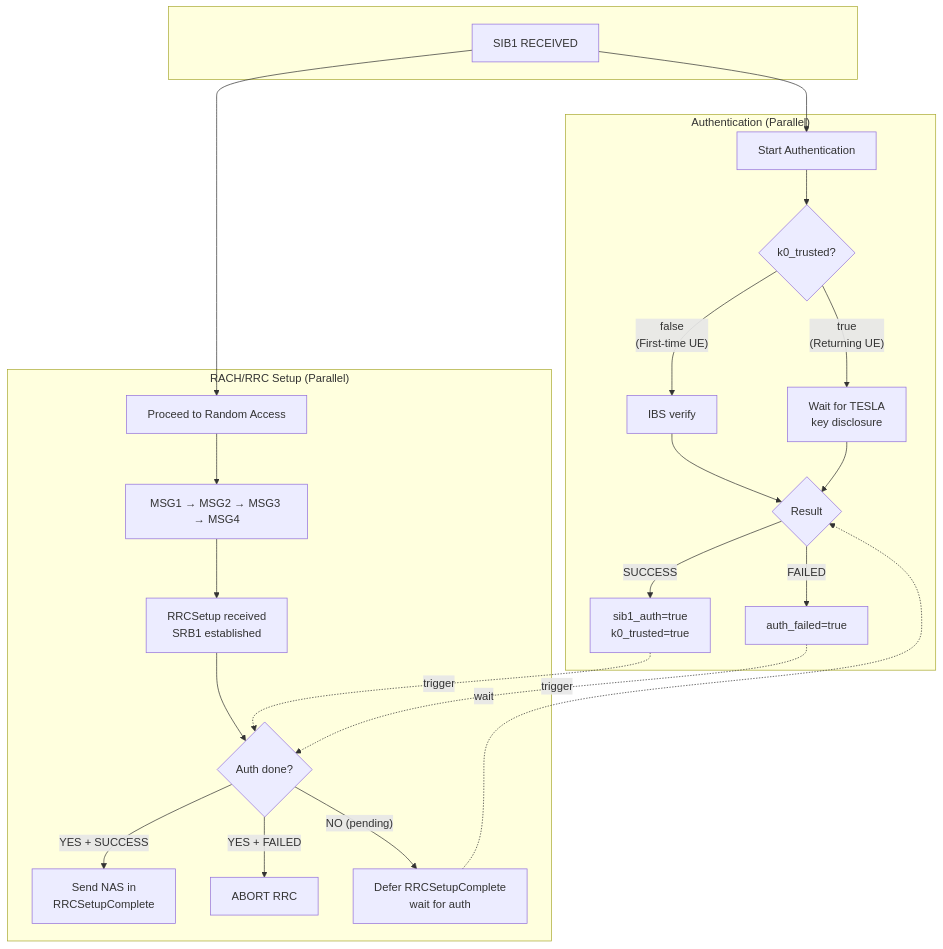
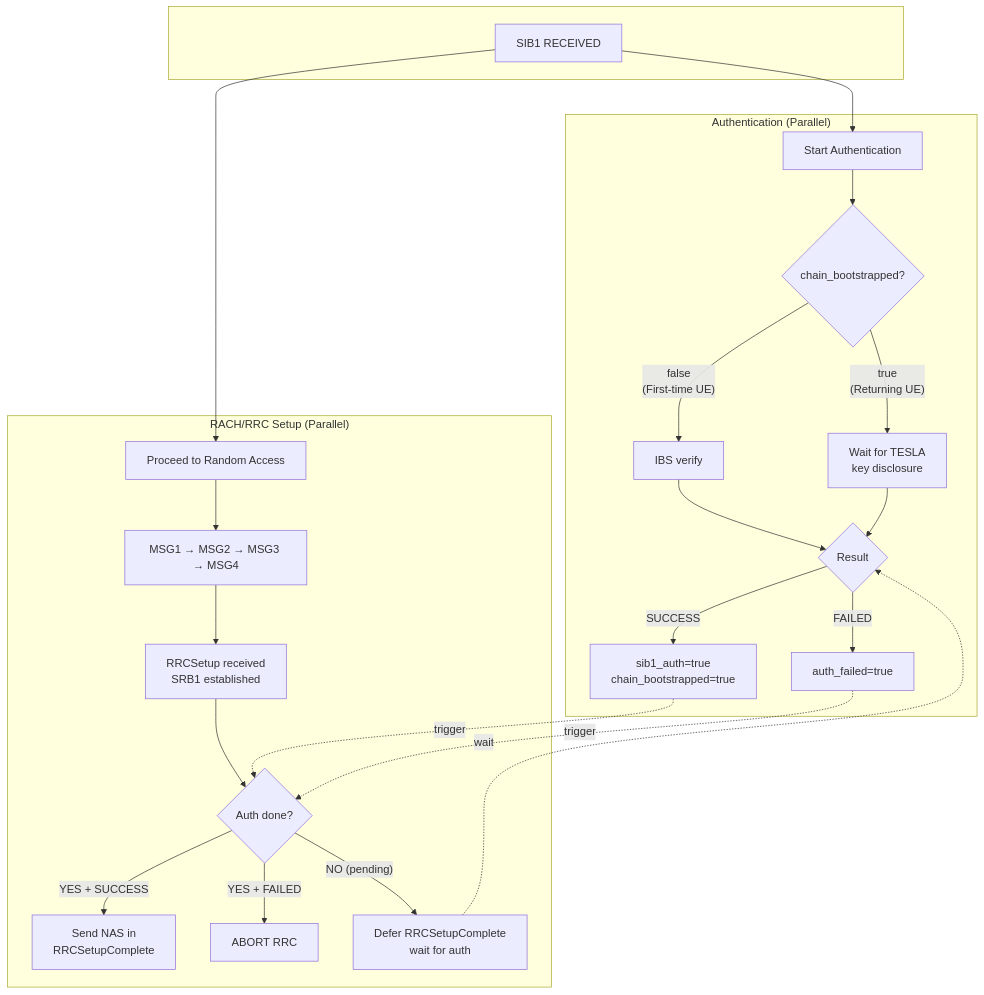
The diagram in doc-tf5/ue-implementation.md (ssubinsong/oai-tf5), drawn with Mermaid before and after one commit. The commit also changed other lines of this file and 4 other files, not shown here.

````diff
--- a/doc-tf5/ue-implementation.md
+++ b/doc-tf5/ue-implementation.md
@@ -71,35 +71,35 @@
 ```mermaid
 flowchart TB
     subgraph start[" "]
         SIB1["SIB1 RECEIVED"]
     end
 
     SIB1 --> AUTH
     SIB1 --> RACH
 
     subgraph left["Authentication (Parallel)"]
         AUTH["Start Authentication"]
-        AUTH --> CHECK{"k0_trusted?"}
+        AUTH --> CHECK{"chain_bootstrapped?"}
         CHECK -->|"false<br/>(First-time UE)"| IBS["IBS verify"]
         CHECK -->|"true<br/>(Returning UE)"| TESLA["Wait for TESLA<br/>key disclosure"]
         IBS --> RESULT
         TESLA --> RESULT
         RESULT{"Result"}
-        RESULT -->|SUCCESS| SUCCESS["sib1_auth=true<br/>k0_trusted=true"]
+        RESULT -->|SUCCESS| SUCCESS["sib1_auth=true<br/>chain_bootstrapped=true"]
         RESULT -->|FAILED| FAILED["auth_failed=true"]
     end
 
     subgraph right["RACH/RRC Setup (Parallel)"]
         RACH["Proceed to Random Access"]
         RACH --> MSGS["MSG1 → MSG2 → MSG3 → MSG4"]
         MSGS --> RRCSETUP["RRCSetup received<br/>SRB1 established"]
         RRCSETUP --> GATE{"Auth done?"}
         GATE -->|"YES + SUCCESS"| NAS["Send NAS in<br/>RRCSetupComplete"]
         GATE -->|"YES + FAILED"| ABORT["ABORT RRC"]
         GATE -->|"NO (pending)"| DEFER["Defer RRCSetupComplete<br/>wait for auth"]
     end
 
     SUCCESS -.->|"trigger"| GATE
     FAILED -.->|"trigger"| GATE
     DEFER -.->|"wait"| RESULT
 ```
````
